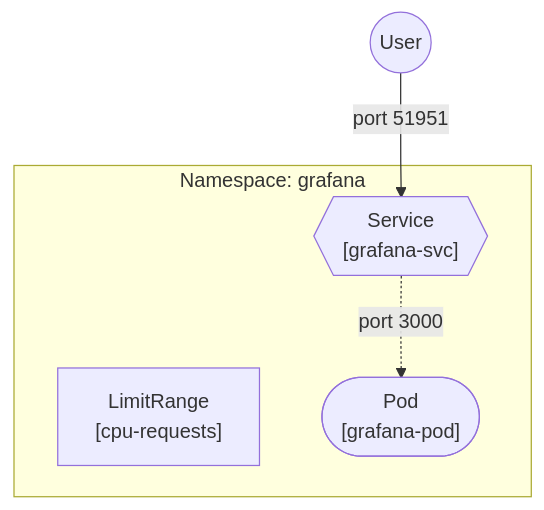
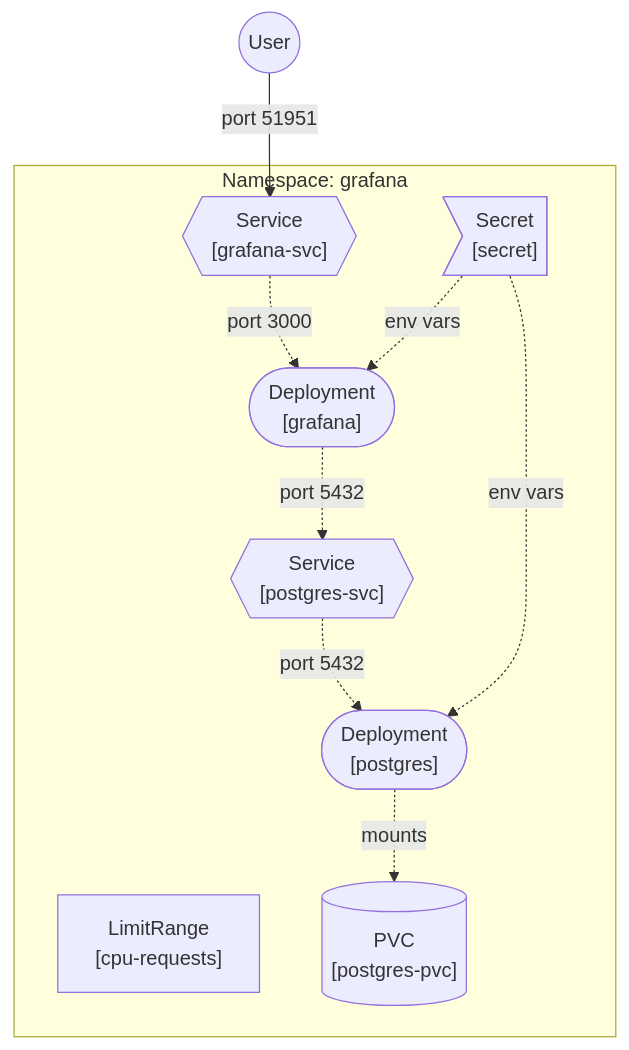
The diagram in README.md (MarcoDiFrancesco/kubernetes-gcp), drawn with Mermaid before and after one commit. The commit also changed other lines of this file and 8 other files, not shown here.

````diff
--- a/README.md
+++ b/README.md
@@ -16,12 +16,27 @@
 ```mermaid
 graph TD
     subgraph "Namespace: grafana"
         LR["LimitRange<br>[cpu-requests]"]
-        SVC{{"Service<br>[grafana-svc]"}}
-        POD(["Pod<br>[grafana-pod]"])
         
-        SVC -. "port 3000" .-> POD
+        GRAF_SVC{{"Service<br>[grafana-svc]"}}
+        GRAF_DEPLOY(["Deployment<br>[grafana]"])
+        
+        PG_SVC{{"Service<br>[postgres-svc]"}}
+        PG_DEPLOY(["Deployment<br>[postgres]"])
+        
+        SECRET>"Secret<br>[secret]"]
+        PVC[("PVC<br>[postgres-pvc]")]
+        
+        GRAF_SVC -. "port 3000" .-> GRAF_DEPLOY
+        PG_SVC -. "port 5432" .-> PG_DEPLOY
+        
+        GRAF_DEPLOY -. "port 5432" .-> PG_SVC
+        
+        SECRET -. "env vars" .-> GRAF_DEPLOY
+        SECRET -. "env vars" .-> PG_DEPLOY
+        
+        PG_DEPLOY -. "mounts" .-> PVC
     end
     
-    User((User)) -->|port 51951| SVC
+    User((User)) -->|port 51951| GRAF_SVC
 ```
````
